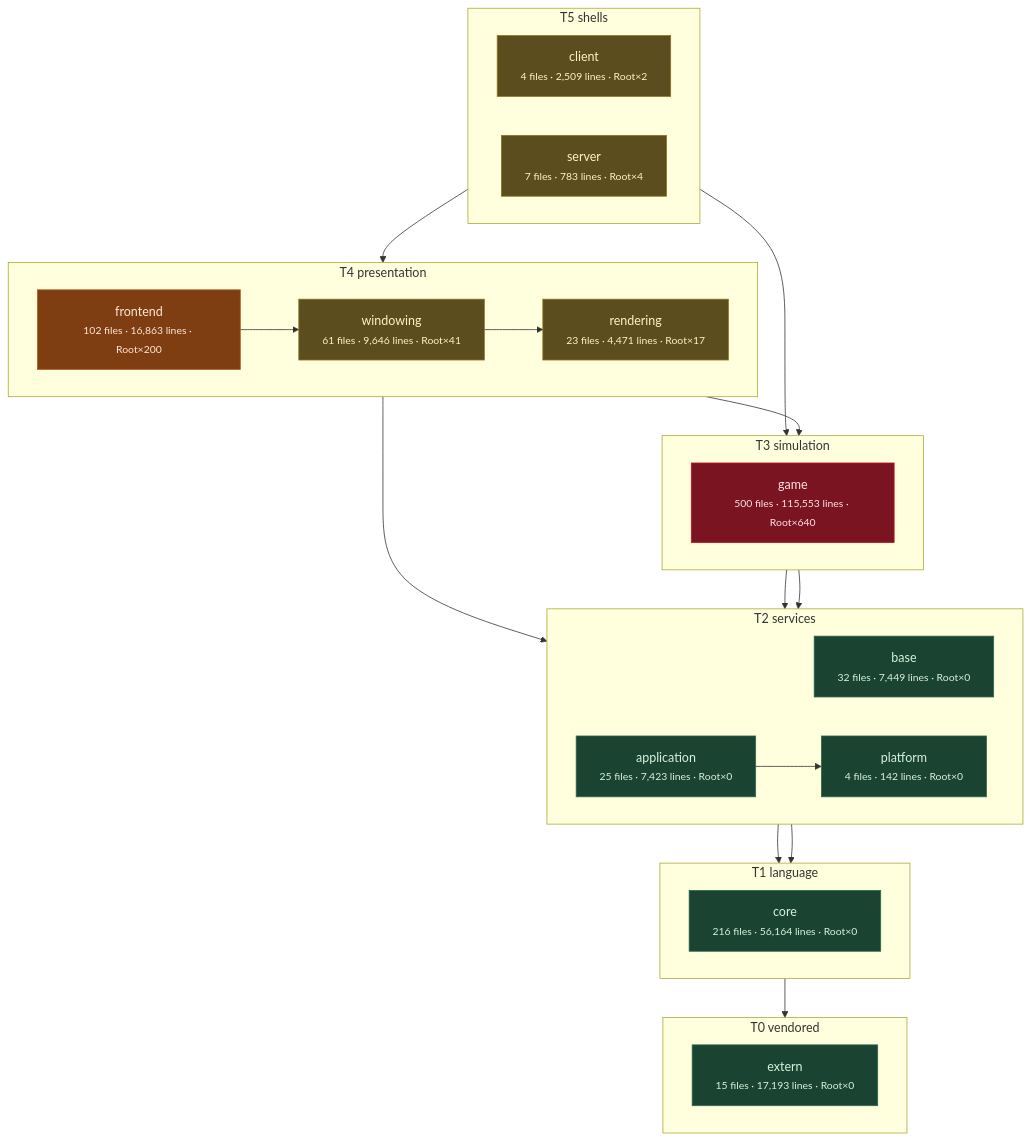
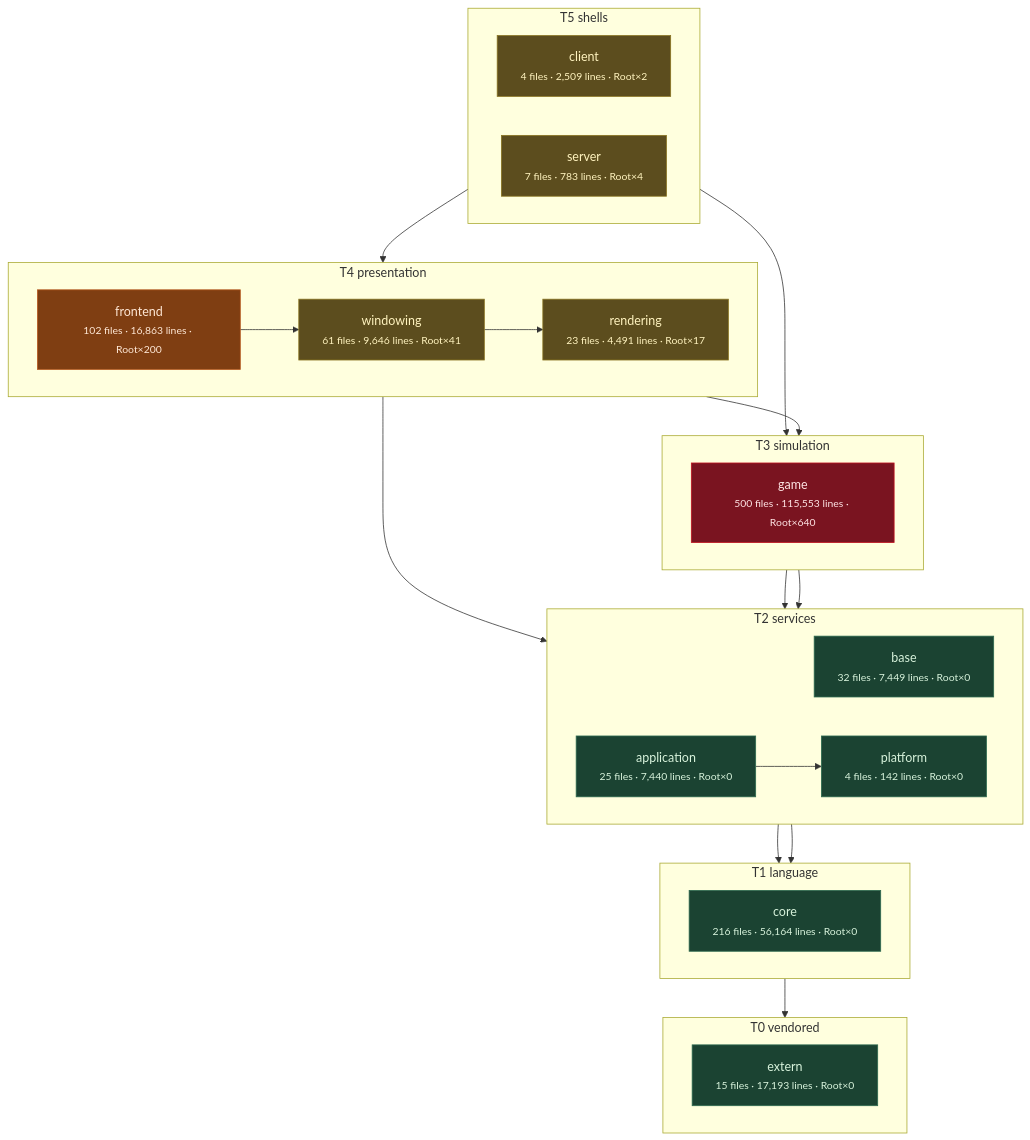
The third of 11 diagrams in docs/architecture/system-boundaries.md (apnex/OpenStarbound), drawn with Mermaid before and after one commit. The commit also changed other lines of this file and 4 other files, not shown here.

````diff
--- a/docs/architecture/system-boundaries.md
+++ b/docs/architecture/system-boundaries.md
@@ -270,52 +270,52 @@
 ```mermaid
 flowchart TD
   subgraph T0["T0 vendored"]
     direction LR
     extern["extern<br/><small>15 files · 17,193 lines · Root×0</small>"]
   end
   subgraph T1["T1 language"]
     direction LR
     core["core<br/><small>216 files · 56,164 lines · Root×0</small>"]
   end
   subgraph T2["T2 services"]
     direction LR
     base["base<br/><small>32 files · 7,449 lines · Root×0</small>"]
     platform["platform<br/><small>4 files · 142 lines · Root×0</small>"]
-    application["application<br/><small>25 files · 7,423 lines · Root×0</small>"]
+    application["application<br/><small>25 files · 7,440 lines · Root×0</small>"]
   end
   subgraph T3["T3 simulation"]
     direction LR
     game["game<br/><small>500 files · 115,553 lines · Root×640</small>"]
   end
   subgraph T4["T4 presentation"]
     direction LR
-    rendering["rendering<br/><small>23 files · 4,471 lines · Root×17</small>"]
+    rendering["rendering<br/><small>23 files · 4,491 lines · Root×17</small>"]
     windowing["windowing<br/><small>61 files · 9,646 lines · Root×41</small>"]
     frontend["frontend<br/><small>102 files · 16,863 lines · Root×200</small>"]
   end
   subgraph T5["T5 shells"]
     direction LR
     client["client<br/><small>4 files · 2,509 lines · Root×2</small>"]
     server["server<br/><small>7 files · 783 lines · Root×4</small>"]
   end
   core --> extern
   base --> core
   platform --> core
   application --> platform
   game --> base
   game --> platform
   rendering --> application
   rendering --> game
   windowing --> rendering
   frontend --> windowing
   client --> frontend
   server --> game
   classDef clean fill:#1b4332,stroke:#2d6a4f,color:#d8f3dc
   classDef warm  fill:#5c4d1e,stroke:#8a7420,color:#fff3bf
   classDef hot   fill:#7f3e12,stroke:#b5561b,color:#ffe8d6
   classDef blaze fill:#7a1420,stroke:#c1121f,color:#ffe5e5
   class extern,core,base,platform,application clean
   class rendering,windowing,client,server warm
   class frontend hot
   class game blaze
 ```
````
